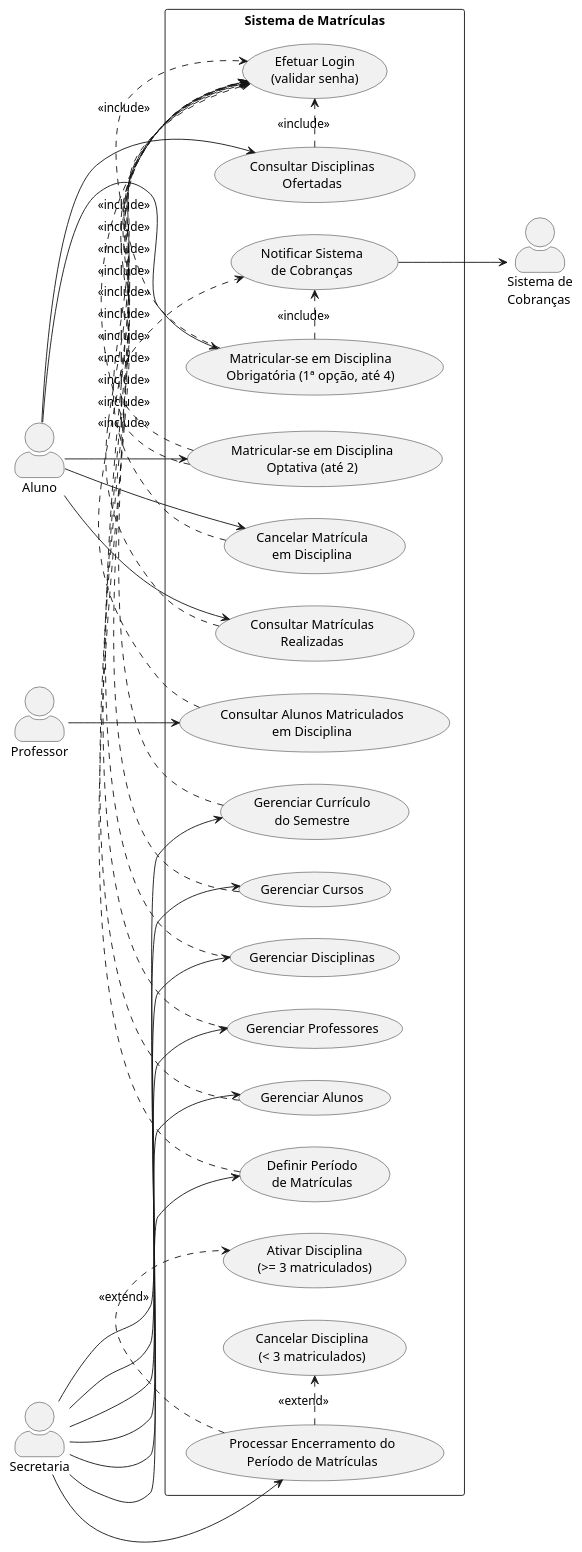
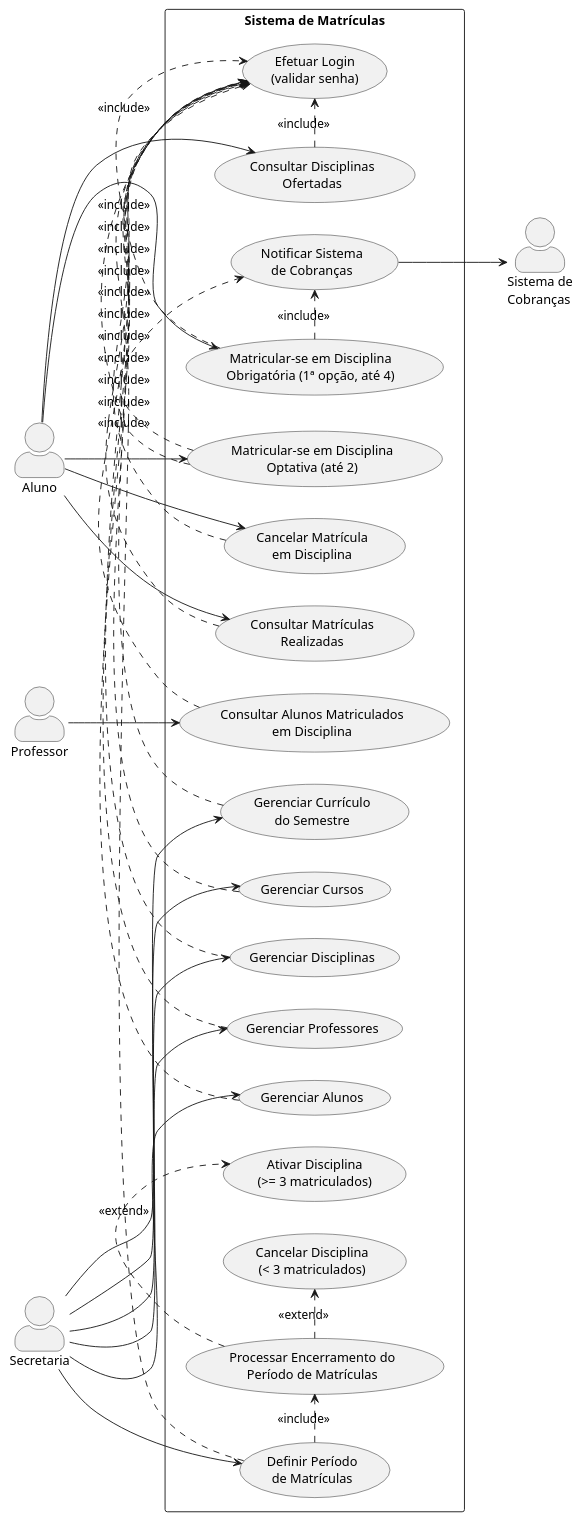
One commit to natadias/sistema-matriculas changed the diagram in docs/caso-de-uso.puml. Above: the diagram before and after it, drawn with PlantUML. The commit also changed 22 other files, not shown here.

```diff
--- a/docs/caso-de-uso.puml
+++ b/docs/caso-de-uso.puml
@@ -1,78 +1,78 @@
 @startuml Sistema_de_Matriculas_Caso_de_Uso
 left to right direction
 skinparam packageStyle rectangle
 skinparam actorStyle awesome
 
 actor Aluno
 actor Professor
 actor Secretaria
 actor "Sistema de\nCobranças" as Cobrancas
 
 rectangle "Sistema de Matrículas" {
 
   usecase "Efetuar Login\n(validar senha)" as UC01
 
   usecase "Consultar Disciplinas\nOfertadas" as UC02
   usecase "Matricular-se em Disciplina\nObrigatória (1ª opção, até 4)" as UC03
   usecase "Matricular-se em Disciplina\nOptativa (até 2)" as UC04
   usecase "Cancelar Matrícula\nem Disciplina" as UC05
   usecase "Consultar Matrículas\nRealizadas" as UC06
 
   usecase "Consultar Alunos Matriculados\nem Disciplina" as UC07
 
   usecase "Gerenciar Currículo\ndo Semestre" as UC08
   usecase "Gerenciar Cursos" as UC09
   usecase "Gerenciar Disciplinas" as UC10
   usecase "Gerenciar Professores" as UC11
   usecase "Gerenciar Alunos" as UC12
   usecase "Definir Período\nde Matrículas" as UC13
   usecase "Processar Encerramento do\nPeríodo de Matrículas" as UC14
 
   usecase "Notificar Sistema\nde Cobranças" as UC15
   usecase "Ativar Disciplina\n(>= 3 matriculados)" as UC16
   usecase "Cancelar Disciplina\n(< 3 matriculados)" as UC17
 }
 
 ' --- Aluno ---
 Aluno --> UC02
 Aluno --> UC03
 Aluno --> UC04
 Aluno --> UC05
 Aluno --> UC06
 
 ' --- Professor ---
 Professor --> UC07
 
 ' --- Secretaria ---
 Secretaria --> UC08
 Secretaria --> UC09
 Secretaria --> UC10
 Secretaria --> UC11
 Secretaria --> UC12
 Secretaria --> UC13
 
 ' --- Login obrigatório para todo caso de uso iniciado por um ator primário ---
 UC02 .> UC01 : <<include>>
 UC03 .> UC01 : <<include>>
 UC04 .> UC01 : <<include>>
 UC05 .> UC01 : <<include>>
 UC06 .> UC01 : <<include>>
 UC07 .> UC01 : <<include>>
 UC08 .> UC01 : <<include>>
 UC09 .> UC01 : <<include>>
 UC10 .> UC01 : <<include>>
 UC11 .> UC01 : <<include>>
 UC12 .> UC01 : <<include>>
 UC13 .> UC01 : <<include>>
 
 ' --- Regras de negócio da matrícula ---
 UC03 .> UC15 : <<include>>
 UC04 .> UC15 : <<include>>
 UC15 --> Cobrancas
 
-' --- Encerramento automático do período (disparado pelo sistema/Secretaria) ---
+' --- Encerramento automático do período (disparado pelo fechamento do período pela Secretaria) ---
+UC13 .> UC14 : <<include>>
 UC14 .> UC16 : <<extend>>
 UC14 .> UC17 : <<extend>>
-Secretaria --> UC14
 
 @enduml
```
